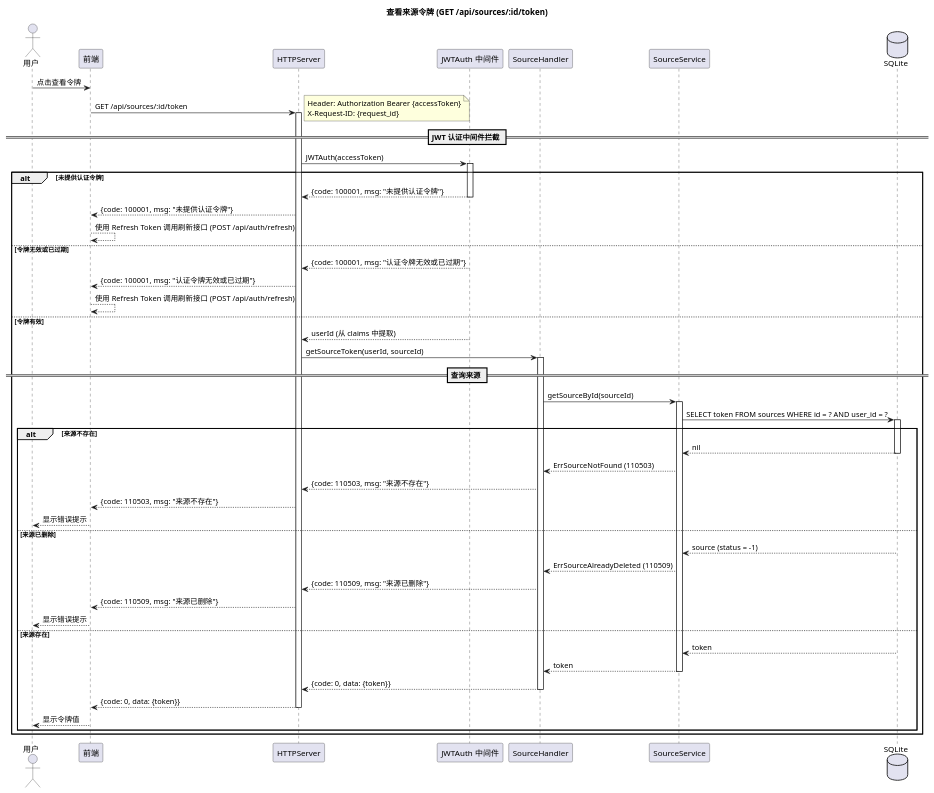
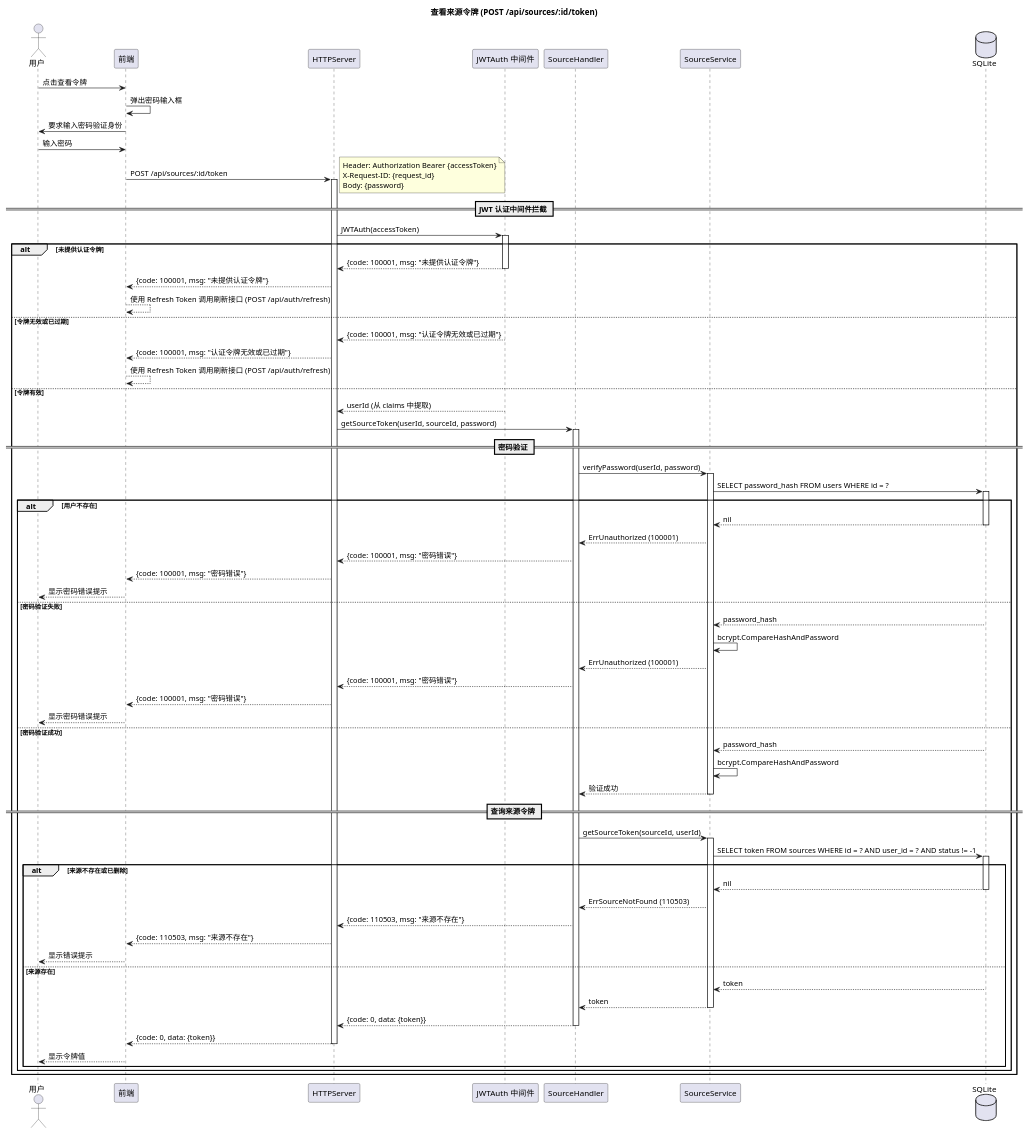
Before and after one commit to loommii/OctoTify: the diagram in docs/uml/02-sequence/02-05-view-source-token.puml, drawn with PlantUML. The commit also changed 8 other files, not shown here.

First line of the commit message:
📝 docs(uml): 完善来源管理模块时序图并添加密码二次验证流程

```diff
--- a/docs/uml/02-sequence/02-05-view-source-token.puml
+++ b/docs/uml/02-sequence/02-05-view-source-token.puml
@@ -1,76 +1,102 @@
 @startuml OctoTify_Sequence_ViewSourceToken
 
 skinparam sequenceStyle svg
 skinparam linetype ortho
 
-title 查看来源令牌 (GET /api/sources/:id/token)
+title 查看来源令牌 (POST /api/sources/:id/token)
 
 actor "用户" as User
 participant "前端" as Frontend
 participant "HTTPServer" as Server
 participant "JWTAuth 中间件" as JWT
 participant "SourceHandler" as Handler
 participant "SourceService" as Service
 database "SQLite" as DB
 
 User -> Frontend: 点击查看令牌
-Frontend -> Server: GET /api/sources/:id/token
-note right: Header: Authorization Bearer {accessToken}\nX-Request-ID: {request_id}
+Frontend -> Frontend: 弹出密码输入框
+Frontend -> User: 要求输入密码验证身份
+User -> Frontend: 输入密码
+Frontend -> Server: POST /api/sources/:id/token
+note right: Header: Authorization Bearer {accessToken}\nX-Request-ID: {request_id}\nBody: {password}
 activate Server
 
 == JWT 认证中间件拦截 ==
 
 Server -> JWT: JWTAuth(accessToken)
 activate JWT
 
 alt 未提供认证令牌
     JWT --> Server: {code: 100001, msg: "未提供认证令牌"}
     deactivate JWT
     Server --> Frontend: {code: 100001, msg: "未提供认证令牌"}
     Frontend --> Frontend: 使用 Refresh Token 调用刷新接口 (POST /api/auth/refresh)
 else 令牌无效或已过期
     JWT --> Server: {code: 100001, msg: "认证令牌无效或已过期"}
     deactivate JWT
     Server --> Frontend: {code: 100001, msg: "认证令牌无效或已过期"}
     Frontend --> Frontend: 使用 Refresh Token 调用刷新接口 (POST /api/auth/refresh)
 else 令牌有效
     JWT --> Server: userId (从 claims 中提取)
     deactivate JWT
-    Server -> Handler: getSourceToken(userId, sourceId)
+    Server -> Handler: getSourceToken(userId, sourceId, password)
     activate Handler
 
-    == 查询来源 ==
+    == 密码验证 ==
 
-    Handler -> Service: getSourceById(sourceId)
+    Handler -> Service: verifyPassword(userId, password)
     activate Service
-    Service -> DB: SELECT token FROM sources WHERE id = ? AND user_id = ?
+    Service -> DB: SELECT password_hash FROM users WHERE id = ?
     activate DB
 
-    alt 来源不存在
+    alt 用户不存在
         DB --> Service: nil
         deactivate DB
-        Service --> Handler: ErrSourceNotFound (110503)
-        Handler --> Server: {code: 110503, msg: "来源不存在"}
-        Server --> Frontend: {code: 110503, msg: "来源不存在"}
-        Frontend --> User: 显示错误提示
-    else 来源已删除
-        DB --> Service: source (status = -1)
+        Service --> Handler: ErrUnauthorized (100001)
+        Handler --> Server: {code: 100001, msg: "密码错误"}
+        Server --> Frontend: {code: 100001, msg: "密码错误"}
+        Frontend --> User: 显示密码错误提示
+    else 密码验证失败
+        DB --> Service: password_hash
         deactivate DB
-        Service --> Handler: ErrSourceAlreadyDeleted (110509)
-        Handler --> Server: {code: 110509, msg: "来源已删除"}
-        Server --> Frontend: {code: 110509, msg: "来源已删除"}
-        Frontend --> User: 显示错误提示
-    else 来源存在
-        DB --> Service: token
+        Service -> Service: bcrypt.CompareHashAndPassword
+        Service --> Handler: ErrUnauthorized (100001)
+        Handler --> Server: {code: 100001, msg: "密码错误"}
+        Server --> Frontend: {code: 100001, msg: "密码错误"}
+        Frontend --> User: 显示密码错误提示
+    else 密码验证成功
+        DB --> Service: password_hash
         deactivate DB
-        Service --> Handler: token
+        Service -> Service: bcrypt.CompareHashAndPassword
+        Service --> Handler: 验证成功
         deactivate Service
-        Handler --> Server: {code: 0, data: {token}}
-        deactivate Handler
-        Server --> Frontend: {code: 0, data: {token}}
-        deactivate Server
-        Frontend --> User: 显示令牌值
+
+        == 查询来源令牌 ==
+
+        Handler -> Service: getSourceToken(sourceId, userId)
+        activate Service
+        Service -> DB: SELECT token FROM sources WHERE id = ? AND user_id = ? AND status != -1
+        activate DB
+
+        alt 来源不存在或已删除
+            DB --> Service: nil
+            deactivate DB
+            Service --> Handler: ErrSourceNotFound (110503)
+            Handler --> Server: {code: 110503, msg: "来源不存在"}
+            Server --> Frontend: {code: 110503, msg: "来源不存在"}
+            Frontend --> User: 显示错误提示
+        else 来源存在
+            DB --> Service: token
+            deactivate DB
+            Service --> Handler: token
+            deactivate Service
+            Handler --> Server: {code: 0, data: {token}}
+            deactivate Handler
+            Server --> Frontend: {code: 0, data: {token}}
+            deactivate Server
+            Frontend --> User: 显示令牌值
+        end
     end
 end
 
 @enduml
```
